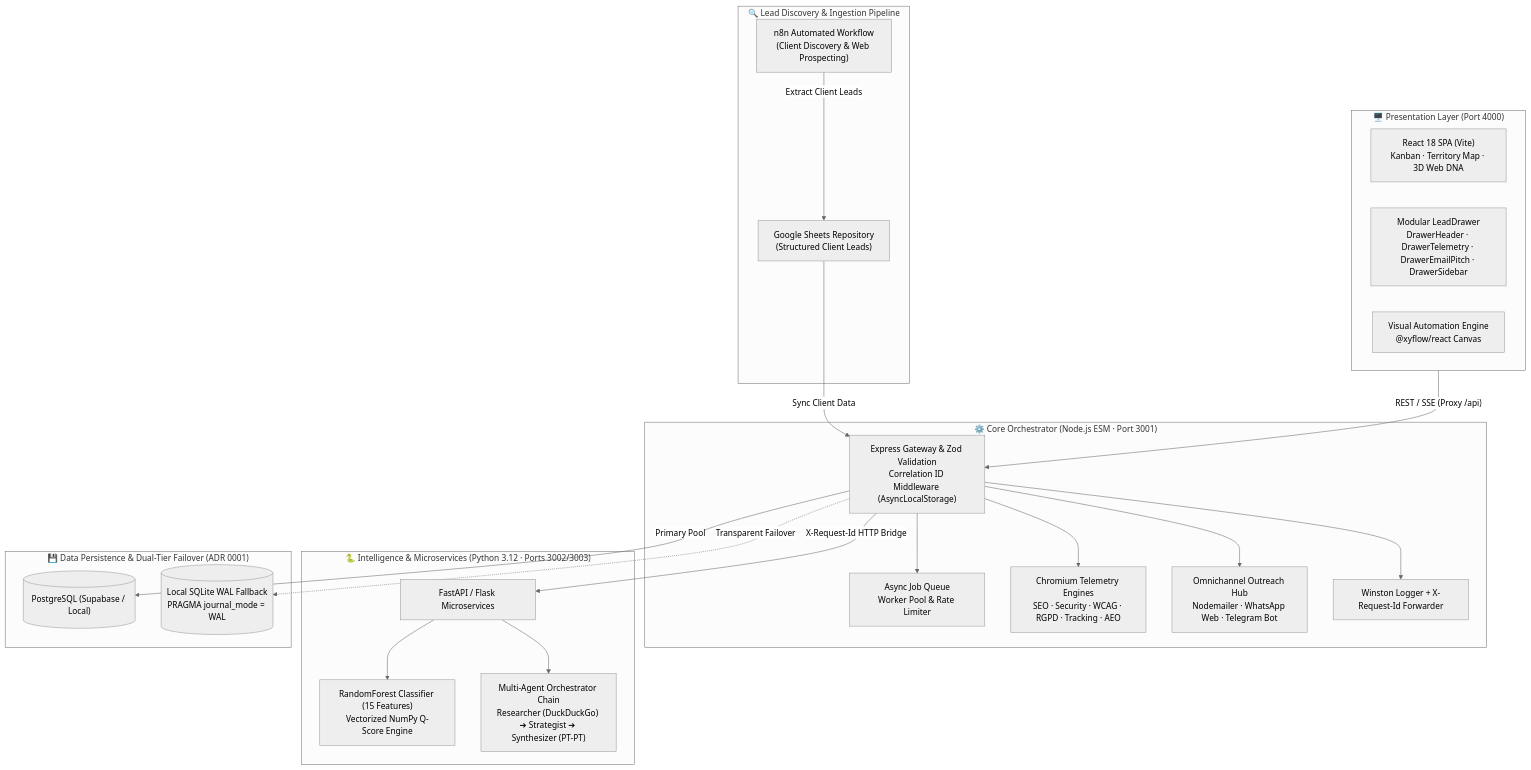
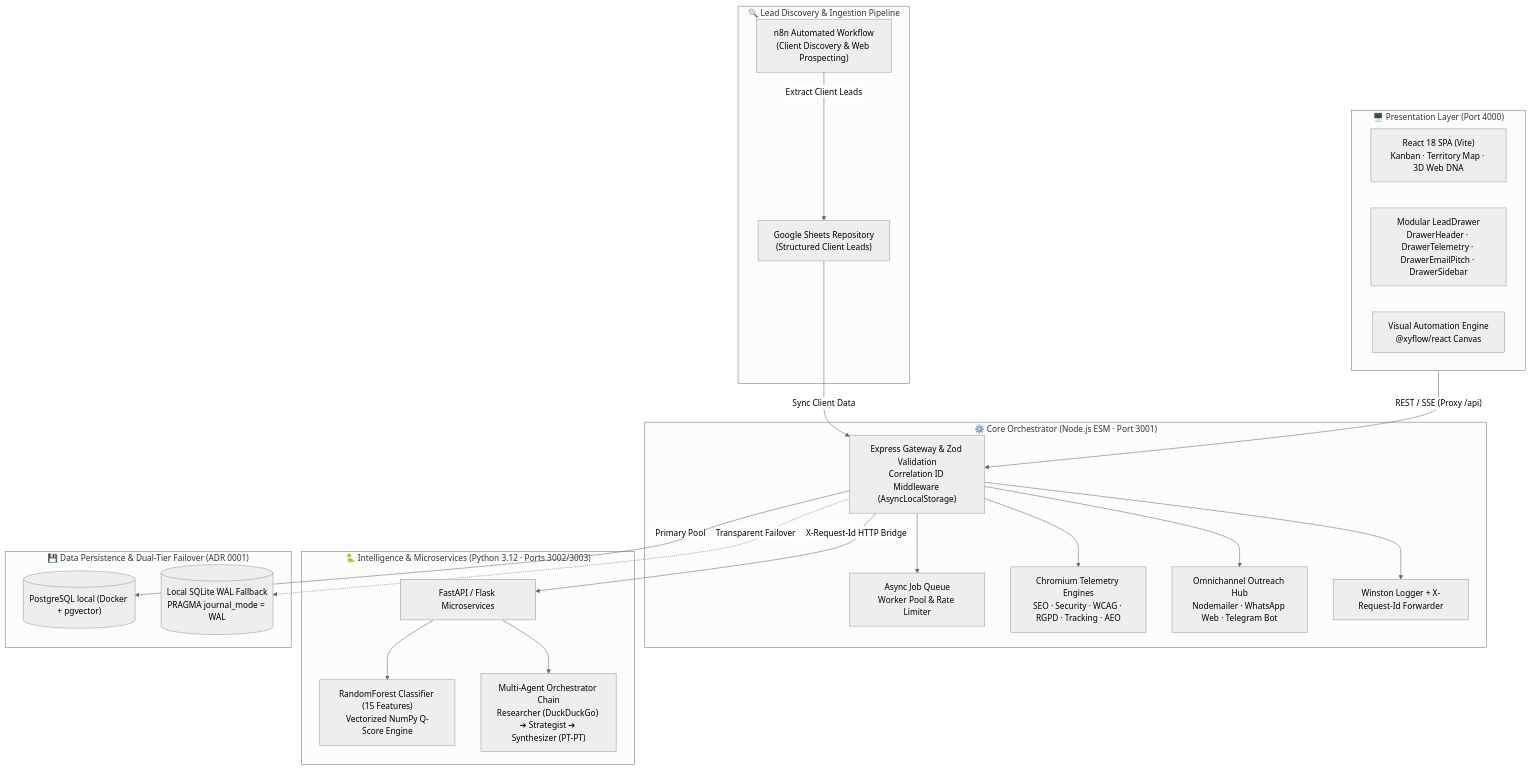
The first of 2 diagrams in README.md (alyekseyenko/alygen), drawn with Mermaid (neutral theme) before and after one commit. The commit also changed other lines of this file and 255 other files, not shown here.

````diff
--- a/README.md
+++ b/README.md
@@ -89,45 +91,45 @@
 ```mermaid
 flowchart TB
     subgraph IntakePipeline["🔍 Lead Discovery & Ingestion Pipeline"]
         N8N["n8n Automated Workflow<br/>(Client Discovery & Web Prospecting)"]
         Sheets["Google Sheets Repository<br/>(Structured Client Leads)"]
     end
 
     subgraph ClientLayer["🖥️ Presentation Layer (Port 4000)"]
         UI["React 18 SPA (Vite)<br/>Kanban · Territory Map · 3D Web DNA"]
         Drawer["Modular LeadDrawer<br/>DrawerHeader · DrawerTelemetry · DrawerEmailPitch · DrawerSidebar"]
         Flow["Visual Automation Engine<br/>@xyflow/react Canvas"]
     end
 
     subgraph OrchestratorLayer["⚙️ Core Orchestrator (Node.js ESM · Port 3001)"]
         Router["Express Gateway & Zod Validation<br/>Correlation ID Middleware (AsyncLocalStorage)"]
         Queue["Async Job Queue<br/>Worker Pool & Rate Limiter"]
         Scrapers["Chromium Telemetry Engines<br/>SEO · Security · WCAG · RGPD · Tracking · AEO"]
         Comms["Omnichannel Outreach Hub<br/>Nodemailer · WhatsApp Web · Telegram Bot"]
         Tracing["Winston Logger + X-Request-Id Forwarder"]
     end
 
     subgraph MLLayer["🐍 Intelligence & Microservices (Python 3.12 · Ports 3002/3003)"]
         FastAPI["FastAPI / Flask Microservices"]
         MLScoring["RandomForest Classifier (15 Features)<br/>Vectorized NumPy Q-Score Engine"]
         Agents["Multi-Agent Orchestrator Chain<br/>Researcher (DuckDuckGo) ➔ Strategist ➔ Synthesizer (PT-PT)"]
     end
 
     subgraph StorageLayer["💾 Data Persistence & Dual-Tier Failover (ADR 0001)"]
-        PG[("PostgreSQL (Supabase / Local)")]
+        PG[("PostgreSQL local (Docker + pgvector)")]
         SQLite[("Local SQLite WAL Fallback<br/>PRAGMA journal_mode = WAL")]
     end
 
     N8N -- "Extract Client Leads" --> Sheets
     Sheets -- "Sync Client Data" --> Router
     ClientLayer -- "REST / SSE (Proxy /api)" --> Router
     Router --> Tracing
     Router --> Queue
     Router --> Scrapers
     Router --> Comms
     Router -- "X-Request-Id HTTP Bridge" --> FastAPI
     FastAPI --> MLScoring
     FastAPI --> Agents
     Router -- "Primary Pool" --> PG
     Router -. "Transparent Failover" .-> SQLite
 ```
````
